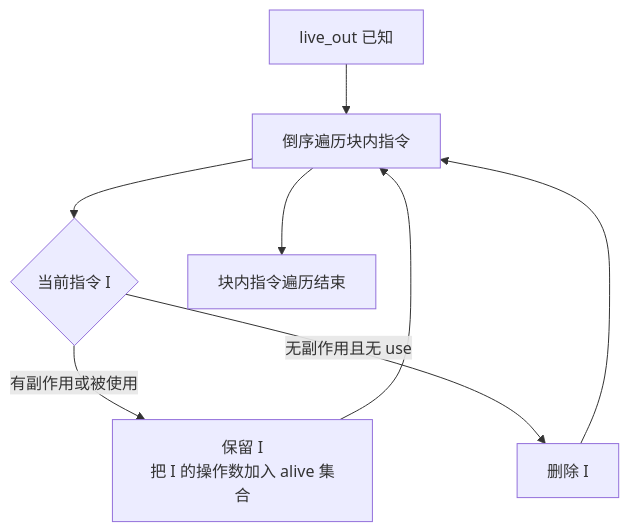
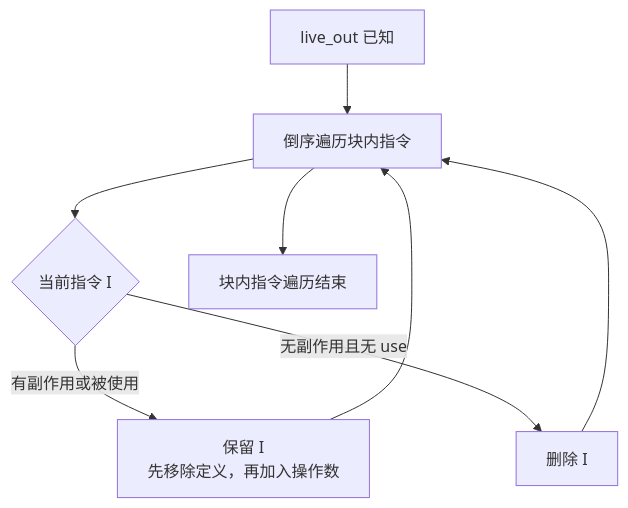
The first of 3 diagrams in docs/optim/ir-dce.md (lightsmilew/compiler-principles), drawn with Mermaid before and after one commit. The commit also changed other lines of this file and 32 other files, not shown here.

Commit message:
docs: unify assessment flow and submission guidance

````diff
--- a/docs/optim/ir-dce.md
+++ b/docs/optim/ir-dce.md
@@ -66,10 +68,10 @@
 ```mermaid
 flowchart TD
   Start[live_out 已知] --> Iter[倒序遍历块内指令]
   Iter --> Q{当前指令 I}
-  Q -->|有副作用或被使用| Keep[保留 I<br/>把 I 的操作数加入 alive 集合]
+  Q -->|有副作用或被使用| Keep[保留 I<br/>先移除定义，再加入操作数]
   Q -->|无副作用且无 use| Drop[删除 I]
   Keep --> Iter
   Drop --> Iter
   Iter --> End[块内指令遍历结束]
 ```
````
